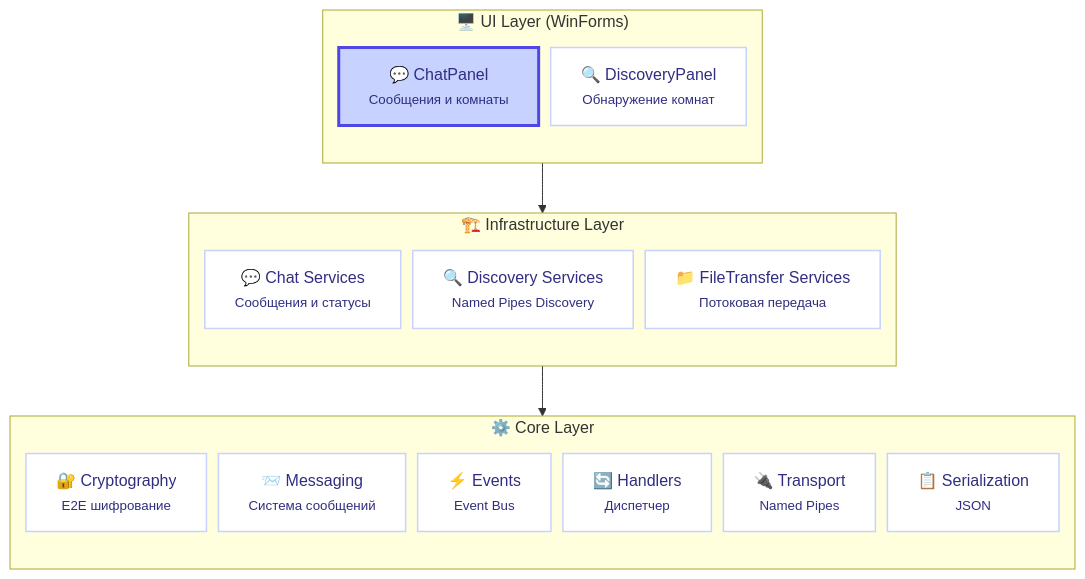
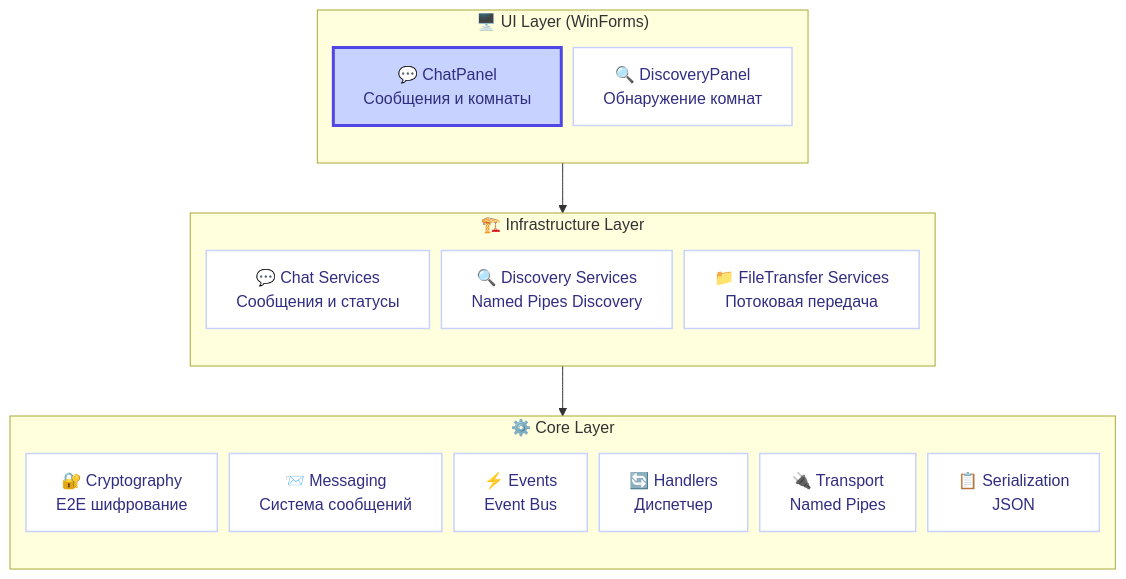
One commit to CasCadeVR/MIN changed the first of 3 diagrams in README.ru.md. Above: the diagram before and after it, drawn with Mermaid. The commit also changed 1 other file, not shown here.

Commit message:
fix text cropping in the width of the diagrams

````diff
--- a/README.ru.md
+++ b/README.ru.md
@@ -48,41 +48,41 @@
 ```mermaid
 flowchart TB
     %%{init: {'flowchart': {'nodeSpacing': 12}}}%%
     classDef uiLayer fill:#dbeafe,stroke:#3b82f6,stroke-width:2px,color:#1e40af
     classDef infraLayer fill:#e0e7ff,stroke:#4f46e5,stroke-width:2px,color:#3730a3
     classDef coreLayer fill:#ede9fe,stroke:#7c3aed,stroke-width:2px,color:#5b21b6
     classDef component fill:#ffffff,stroke:#c7d2fe,stroke-width:1.5px,color:#312e81
     classDef highlight fill:#c7d2fe,stroke:#4f46e5,stroke-width:3px,color:#312e81
     
     subgraph UI["🖥️ UI Layer (WinForms)"]
         direction TB
-        A["💬 ChatPanel<br><small>Сообщения и комнаты</small>"]
-        B["🔍 DiscoveryPanel<br><small>Обнаружение комнат</small>"]
+        A["💬 ChatPanel<br>Сообщения и комнаты"]
+        B["🔍 DiscoveryPanel<br>Обнаружение комнат"]
     end
     
     subgraph INF["🏗️ Infrastructure Layer"]
         direction TB
-        C["💬 Chat Services<br><small>Сообщения и статусы</small>"]
-        D["🔍 Discovery Services<br><small>Named Pipes Discovery</small>"]
-        E["📁 FileTransfer Services<br><small>Потоковая передача</small>"]
+        C["💬 Chat Services<br>Сообщения и статусы"]
+        D["🔍 Discovery Services<br>Named Pipes Discovery"]
+        E["📁 FileTransfer Services<br>Потоковая передача"]
     end
     
     subgraph CORE["⚙️ Core Layer"]
         direction TB
-        F["🔐 Cryptography<br><small>E2E шифрование</small>"]
-        G["📨 Messaging<br><small>Система сообщений</small>"]
-        H["⚡ Events<br><small>Event Bus</small>"]
-        I["🔄 Handlers<br><small>Диспетчер</small>"]
-        J["🔌 Transport<br><small>Named Pipes</small>"]
-        K["📋 Serialization<br><small>JSON</small>"]
+        F["🔐 Cryptography<br>E2E шифрование"]
+        G["📨 Messaging<br>Система сообщений"]
+        H["⚡ Events<br>Event Bus"]
+        I["🔄 Handlers<br>Диспетчер"]
+        J["🔌 Transport<br>Named Pipes"]
+        K["📋 Serialization<br>JSON"]
     end
     
     class A highlight;
     class B,C,D,E,F,G,H,I,J,K component
     class UI uiLayer;
     class INF infraLayer;
     class CORE coreLayer
     
     UI --> INF
     INF --> CORE
 ```
````
